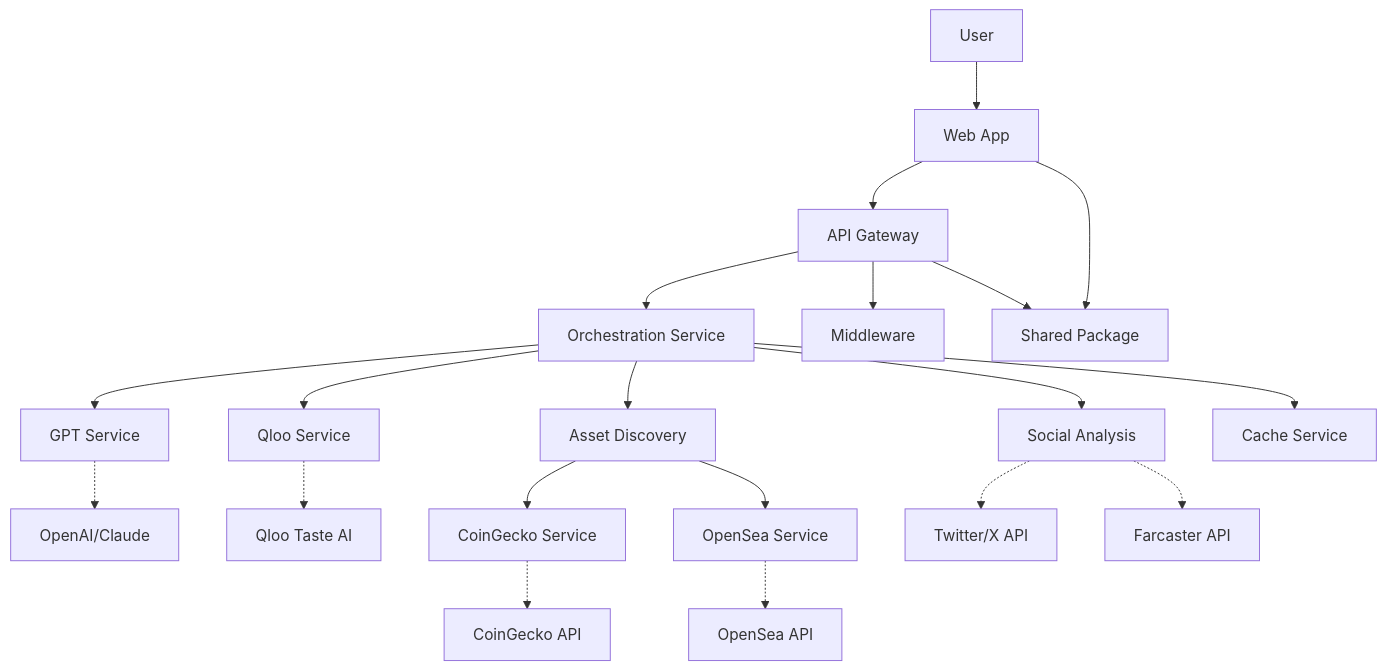
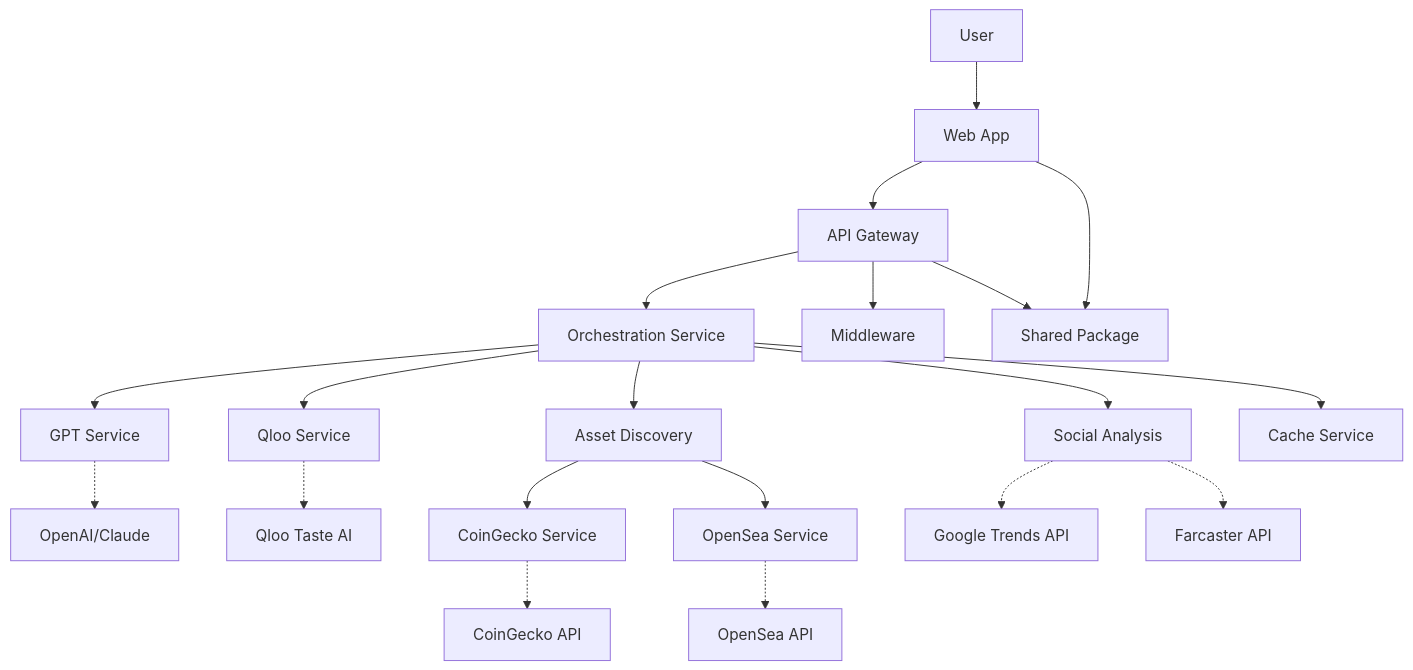
One commit to anythingai/CASEngine changed the diagram in README.md. Above: the diagram before and after it, drawn with Mermaid. The commit also changed 15 other files, not shown here.

````diff
--- a/README.md
+++ b/README.md
@@ -18,27 +18,27 @@
 ```mermaid
 graph TB
     User[User] --> Web[Web App]
     Web --> API[API Gateway]
     
     API --> Orchestration[Orchestration Service]
     Orchestration --> GPT[GPT Service]
     Orchestration --> Qloo[Qloo Service]
     Orchestration --> Assets[Asset Discovery]
     Orchestration --> Social[Social Analysis]
     
     Assets --> CoinGecko[CoinGecko Service]
     Assets --> OpenSea[OpenSea Service]
     
     GPT -.-> OpenAI[OpenAI/Claude]
     Qloo -.-> QlooAPI[Qloo Taste AI]
     CoinGecko -.-> CoinGeckoAPI[CoinGecko API]
     OpenSea -.-> OpenSeaAPI[OpenSea API]
-    Social -.-> Twitter[Twitter/X API]
+    Social -.-> GoogleTrends[Google Trends API]
     Social -.-> Farcaster[Farcaster API]
     
     Orchestration --> Cache[Cache Service]
     API --> Middleware[Middleware]
     
     Web --> Shared[Shared Package]
     API --> Shared
 ```
````
